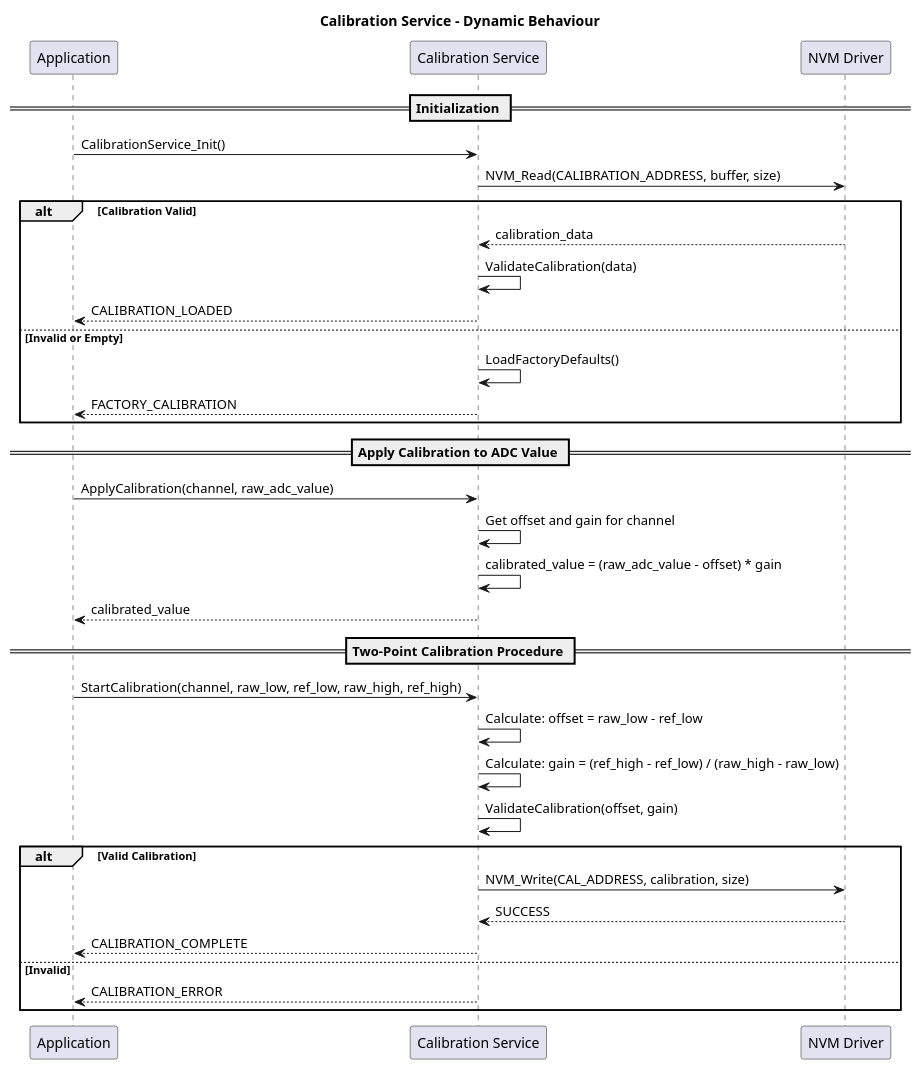
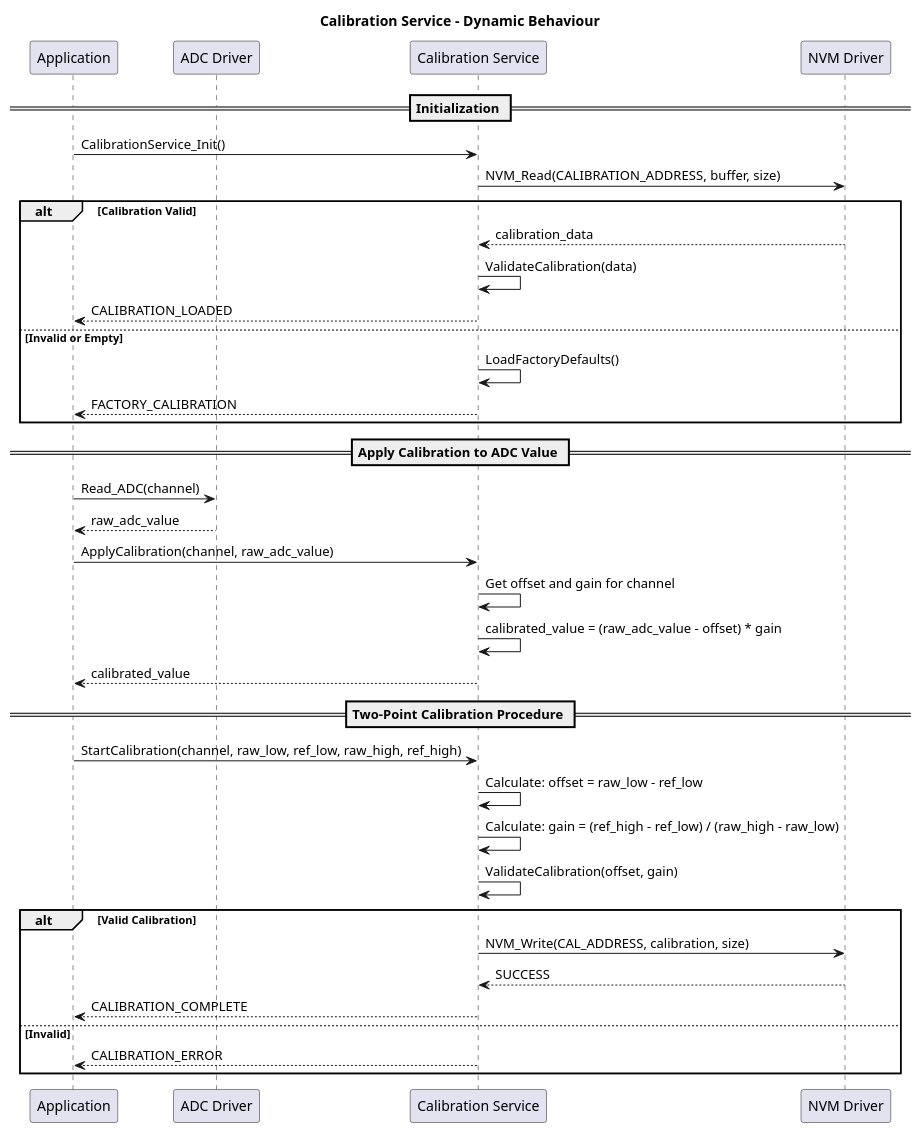
Before and after one commit to LinhTrucVo/Bico_Protocol_Bridge: the diagram in 2_architecture/fucntionView/layer2Service/calibrationService/dynamicBehaviour.puml, drawn with PlantUML. The commit also changed 210 other files, not shown here.

```diff
--- a/2_architecture/fucntionView/layer2Service/calibrationService/dynamicBehaviour.puml
+++ b/2_architecture/fucntionView/layer2Service/calibrationService/dynamicBehaviour.puml
@@ -1,40 +1,43 @@
 @startuml
 title Calibration Service - Dynamic Behaviour
 
 participant "Application" as APP
+participant "ADC Driver" as ADC
 participant "Calibration Service" as CAL
 participant "NVM Driver" as NVM
 
 == Initialization ==
 APP -> CAL : CalibrationService_Init()
 CAL -> NVM : NVM_Read(CALIBRATION_ADDRESS, buffer, size)
 alt Calibration Valid
     NVM --> CAL : calibration_data
     CAL -> CAL : ValidateCalibration(data)
     CAL --> APP : CALIBRATION_LOADED
 else Invalid or Empty
     CAL -> CAL : LoadFactoryDefaults()
     CAL --> APP : FACTORY_CALIBRATION
 end
 
 == Apply Calibration to ADC Value ==
+APP -> ADC : Read_ADC(channel)
+ADC --> APP : raw_adc_value
 APP -> CAL : ApplyCalibration(channel, raw_adc_value)
 CAL -> CAL : Get offset and gain for channel
 CAL -> CAL : calibrated_value = (raw_adc_value - offset) * gain
 CAL --> APP : calibrated_value
 
 == Two-Point Calibration Procedure ==
 APP -> CAL : StartCalibration(channel, raw_low, ref_low, raw_high, ref_high)
 CAL -> CAL : Calculate: offset = raw_low - ref_low
 CAL -> CAL : Calculate: gain = (ref_high - ref_low) / (raw_high - raw_low)
 CAL -> CAL : ValidateCalibration(offset, gain)
 
 alt Valid Calibration
     CAL -> NVM : NVM_Write(CAL_ADDRESS, calibration, size)
     NVM --> CAL : SUCCESS
     CAL --> APP : CALIBRATION_COMPLETE
 else Invalid
     CAL --> APP : CALIBRATION_ERROR
 end
 
 @enduml
```
